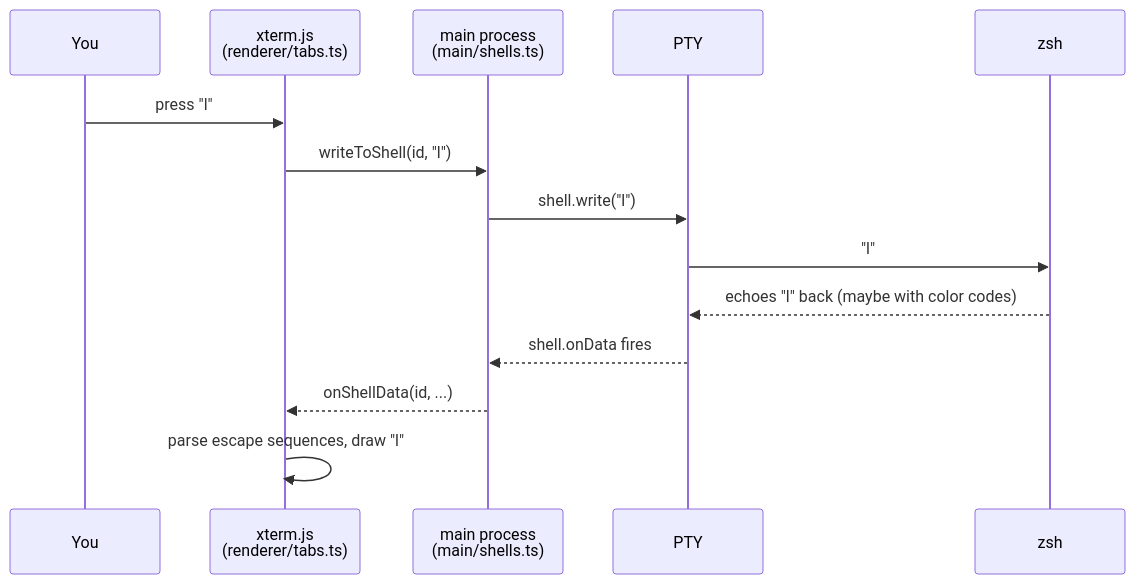
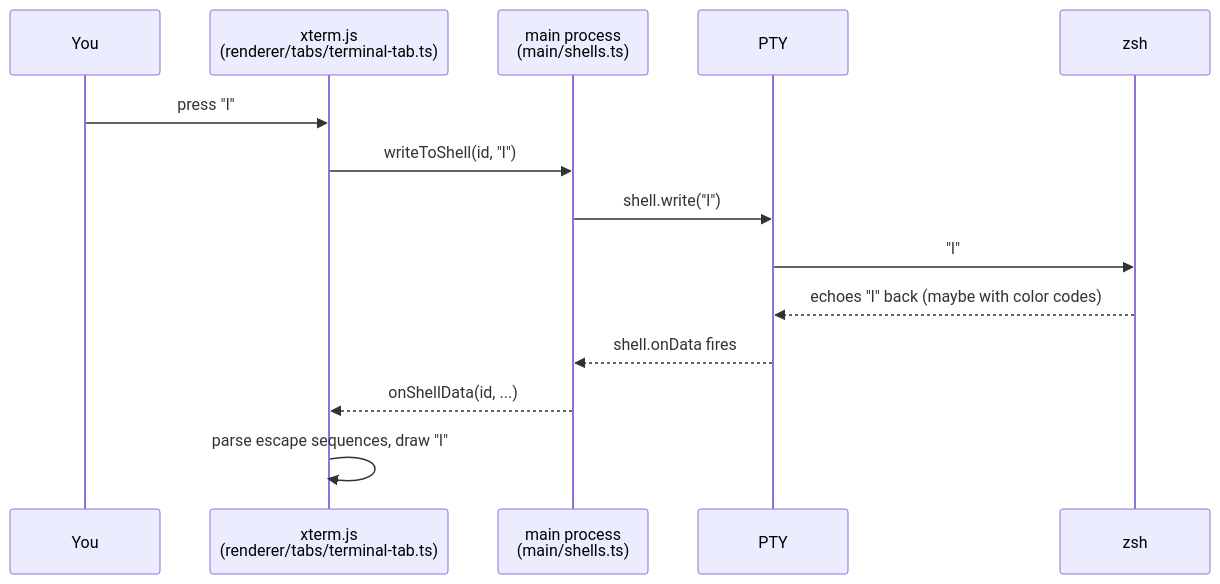
Before and after one commit to luis-herasme/lmux: the second of 2 diagrams in README.md, drawn with Mermaid. The commit also changed other lines of this file and 16 other files, not shown here.

Commit message:
Organize renderer modules by tab kind

````diff
--- a/README.md
+++ b/README.md
@@ -70,17 +70,17 @@
 ```mermaid
 sequenceDiagram
     participant You
-    participant X as xterm.js<br/>(renderer/tabs.ts)
+    participant X as xterm.js<br/>(renderer/tabs/terminal-tab.ts)
     participant M as main process<br/>(main/shells.ts)
     participant P as PTY
     participant Z as zsh
 
     You->>X: press "l"
     X->>M: writeToShell(id, "l")
     M->>P: shell.write("l")
     P->>Z: "l"
     Z-->>P: echoes "l" back (maybe with color codes)
     P-->>M: shell.onData fires
     M-->>X: onShellData(id, ...)
     X->>X: parse escape sequences, draw "l"
 ```
````
